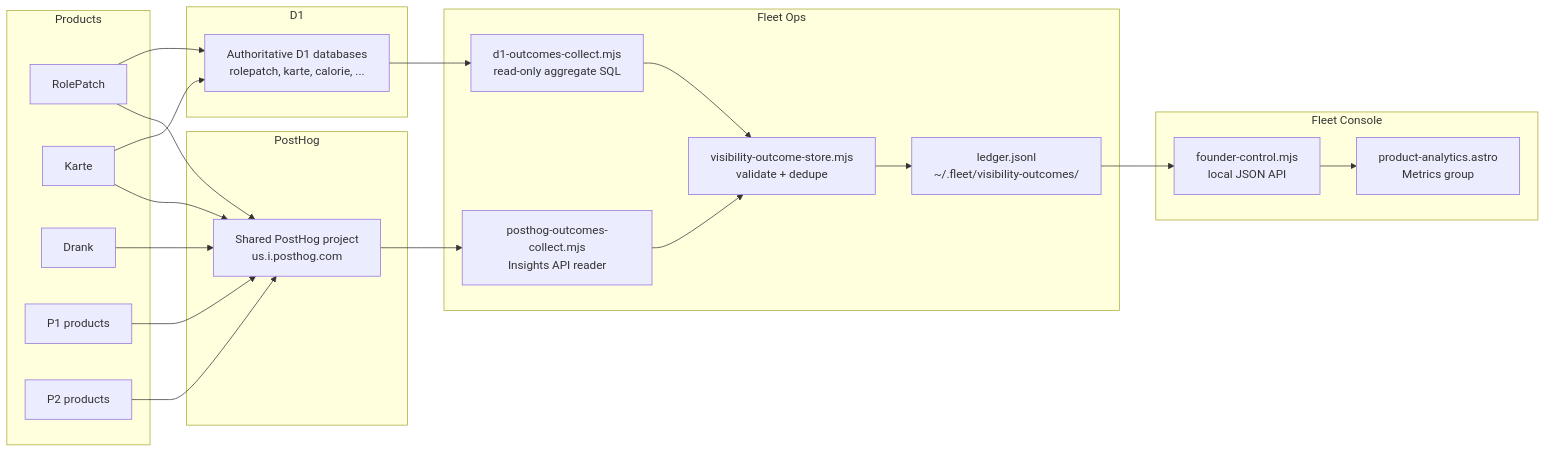
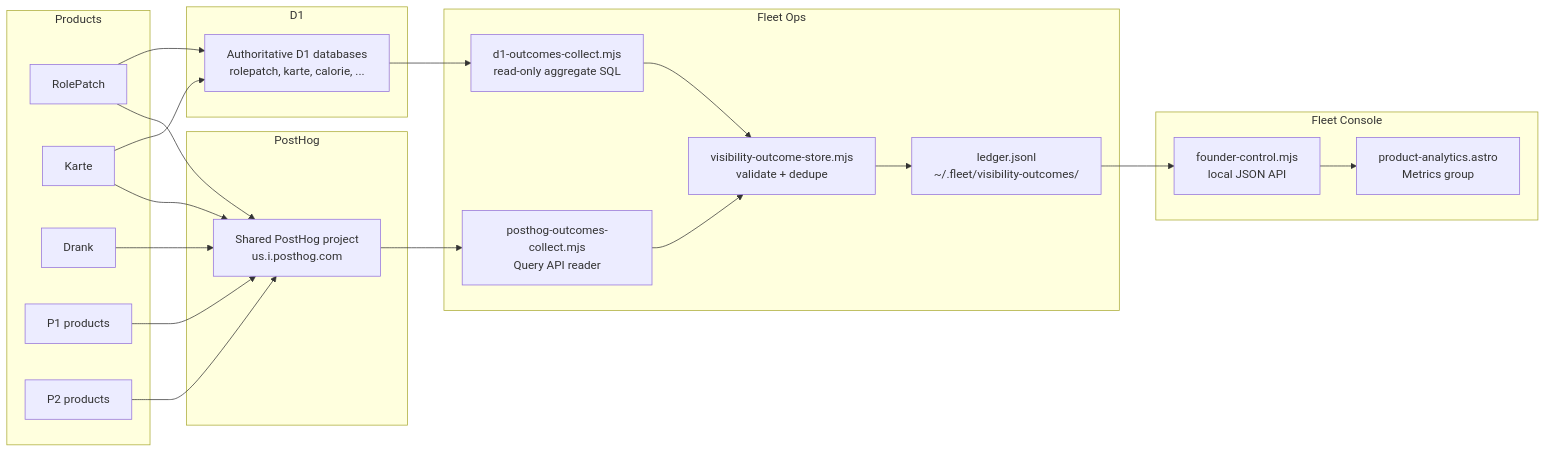
Before and after one commit to sass-maker/site-health: the diagram in foundry/openspec/changes/add-portfolio-product-analytics/design.md, drawn with Mermaid. The commit also changed other lines of this file and 7 other files, not shown here.

````diff
--- a/foundry/openspec/changes/add-portfolio-product-analytics/design.md
+++ b/foundry/openspec/changes/add-portfolio-product-analytics/design.md
@@ -151,49 +153,49 @@
 ```mermaid
 flowchart LR
   subgraph Products
     RP[RolePatch]
     KA[Karte]
     DR[Drank]
     P1[P1 products]
     P2[P2 products]
   end
 
   subgraph PostHog
     PH[Shared PostHog project<br/>us.i.posthog.com]
   end
 
   subgraph D1
     D1A[Authoritative D1 databases<br/>rolepatch, karte, calorie, ...]
   end
 
   subgraph Fleet Ops
-    PC[posthog-outcomes-collect.mjs<br/>Insights API reader]
+    PC[posthog-outcomes-collect.mjs<br/>Query API reader]
     DC[d1-outcomes-collect.mjs<br/>read-only aggregate SQL]
     VAL[visibility-outcome-store.mjs<br/>validate + dedupe]
     LED[ledger.jsonl<br/>~/.fleet/visibility-outcomes/]
   end
 
   subgraph Fleet Console
     FC[founder-control.mjs<br/>local JSON API]
     PA[product-analytics.astro<br/>Metrics group]
   end
 
   RP --> PH
   KA --> PH
   DR --> PH
   P1 --> PH
   P2 --> PH
 
   RP --> D1A
   KA --> D1A
 
   PH --> PC
   D1A --> DC
 
   PC --> VAL
   DC --> VAL
   VAL --> LED
 
   LED --> FC
   FC --> PA
 ```
````
